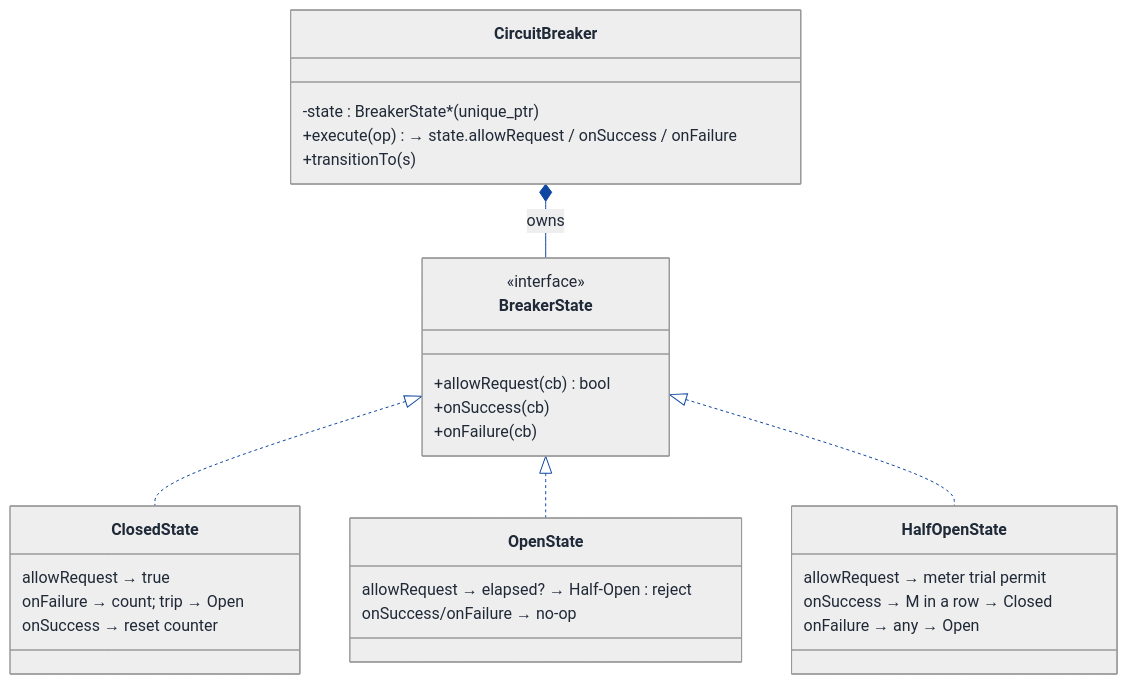
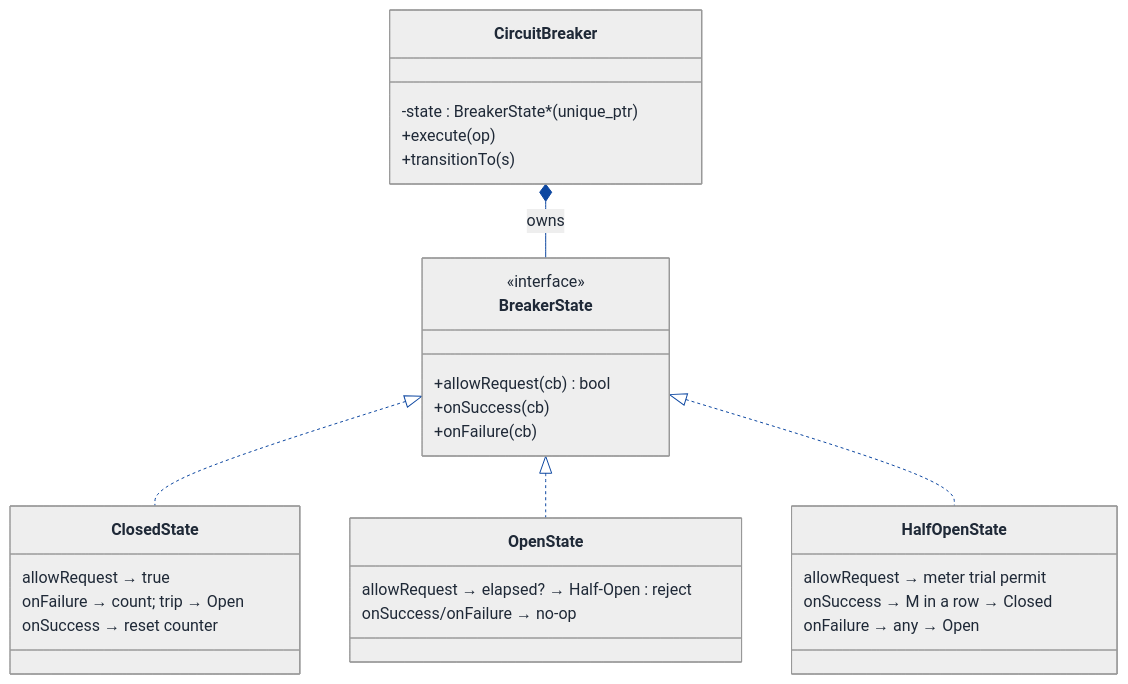
One commit to Prateek-5/question-bank changed the second of 7 diagrams in LLD/Topics/Retry_Pattern/Circuit_Breaker.md. Above: the diagram before and after it, drawn with Mermaid. The commit also changed 61 other files, not shown here.

First line of the commit message:
Fix invalid mermaid classDiagram member syntax across LLD walkthroughs

````diff
--- a/LLD/Topics/Retry_Pattern/Circuit_Breaker.md
+++ b/LLD/Topics/Retry_Pattern/Circuit_Breaker.md
@@ -401,65 +401,65 @@
 ```mermaid
 ---
 config:
   theme: neutral
   themeVariables:
     background: '#ffffff'
     primaryColor: '#cfe2ff'
     primaryTextColor: '#1f2937'
     primaryBorderColor: '#084298'
     secondaryColor: '#fff3cd'
     secondaryTextColor: '#1f2937'
     secondaryBorderColor: '#664d03'
     tertiaryColor: '#d1e7dd'
     tertiaryTextColor: '#1f2937'
     tertiaryBorderColor: '#0a3622'
     lineColor: '#0d47a1'
     textColor: '#1f2937'
     noteBkgColor: '#fff3cd'
     noteTextColor: '#1f2937'
     noteBorderColor: '#997404'
     actorBkg: '#cfe2ff'
     actorBorder: '#084298'
     actorTextColor: '#1f2937'
     signalColor: '#0d47a1'
     signalTextColor: '#1f2937'
     labelBoxBkgColor: '#ffffff'
     labelBoxBorderColor: '#d3d3d3'
     labelTextColor: '#1f2937'
     edgeLabelBackground: '#ffffff'
     labelBackground: '#ffffff'
     classText: '#1f2937'
     fontFamily: 'system-ui, -apple-system, Segoe UI, Helvetica, Arial, sans-serif'
 ---
 classDiagram
   direction TB
   class CircuitBreaker {
     -state : BreakerState* (unique_ptr)
-    +execute(op)  → state.allowRequest / onSuccess / onFailure
+    +execute(op)
     +transitionTo(s)
   }
   class BreakerState {
     <<interface>>
     +allowRequest(cb) bool
     +onSuccess(cb)
     +onFailure(cb)
   }
   class ClosedState {
     allowRequest → true
     onFailure → count; trip → Open
     onSuccess → reset counter
   }
   class OpenState {
     allowRequest → elapsed? → Half-Open : reject
     onSuccess/onFailure → no-op
   }
   class HalfOpenState {
     allowRequest → meter trial permit
     onSuccess → M in a row → Closed
     onFailure → any → Open
   }
   CircuitBreaker *-- BreakerState : owns
   BreakerState <|.. ClosedState
   BreakerState <|.. OpenState
   BreakerState <|.. HalfOpenState
 ```
````
